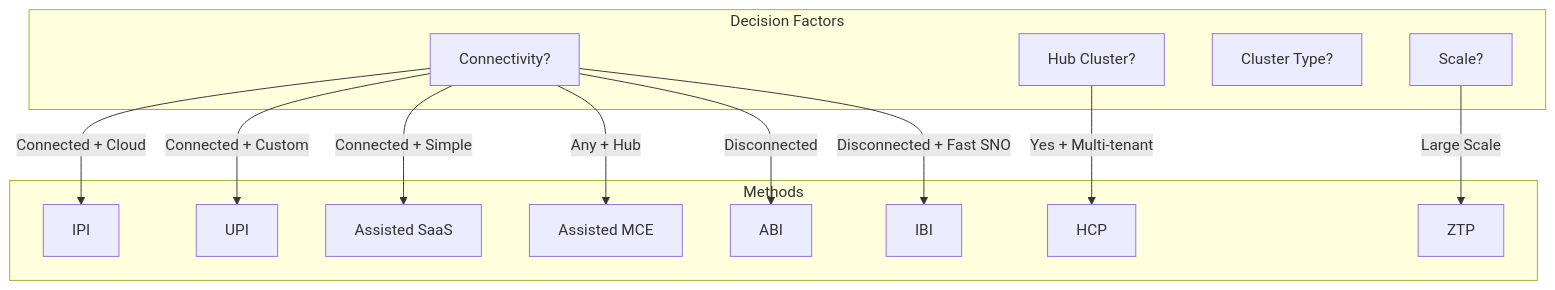
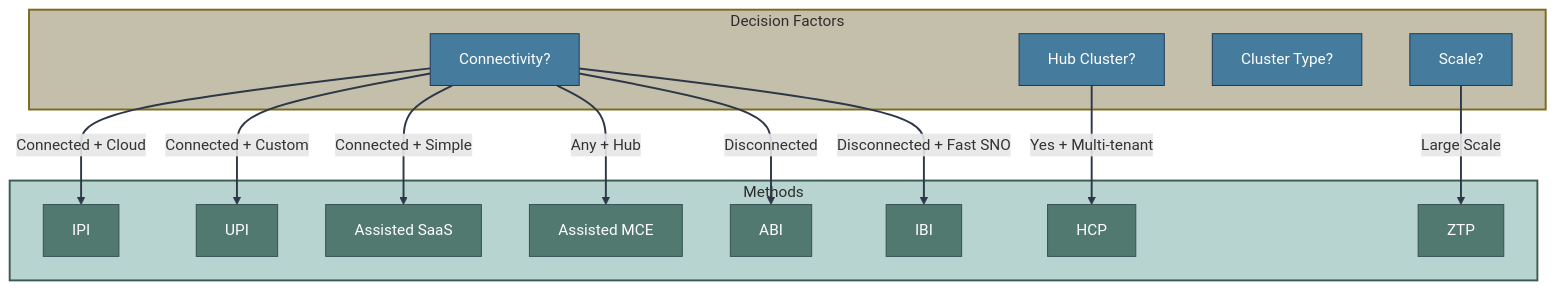
Before and after one commit to zszabo-rh/openshift-install-guide: diagram 11 of 11 in 09-diagrams/component-diagrams.md, drawn with Mermaid. The commit also changed other lines of this file and 16 other files, not shown here.

Commit message:
improved diagram style

````diff
--- a/09-diagrams/component-diagrams.md
+++ b/09-diagrams/component-diagrams.md
@@ -485,29 +667,47 @@
 ```mermaid
 graph TD
-    subgraph "Decision Factors"
+    subgraph factors["Decision Factors"]
         D1[Connectivity?]
         D2[Hub Cluster?]
         D3[Cluster Type?]
         D4[Scale?]
     end
     
-    subgraph "Methods"
+    subgraph methods["Methods"]
         IPI[IPI]
         UPI[UPI]
         SAAS[Assisted SaaS]
         MCE[Assisted MCE]
         ABI[ABI]
         IBI[IBI]
         HCP[HCP]
         ZTP[ZTP]
     end
     
     D1 -->|Connected + Cloud| IPI
     D1 -->|Connected + Custom| UPI
     D1 -->|Connected + Simple| SAAS
     D1 -->|Any + Hub| MCE
     D1 -->|Disconnected| ABI
     D1 -->|Disconnected + Fast SNO| IBI
     D2 -->|Yes + Multi-tenant| HCP
     D4 -->|Large Scale| ZTP
+    
+    style D1 fill:#457b9d,stroke:#1d3557,color:#fff
+    style D2 fill:#457b9d,stroke:#1d3557,color:#fff
+    style D3 fill:#457b9d,stroke:#1d3557,color:#fff
+    style D4 fill:#457b9d,stroke:#1d3557,color:#fff
+    style IPI fill:#52796f,stroke:#354f52,color:#fff
+    style UPI fill:#52796f,stroke:#354f52,color:#fff
+    style SAAS fill:#52796f,stroke:#354f52,color:#fff
+    style MCE fill:#52796f,stroke:#354f52,color:#fff
+    style ABI fill:#52796f,stroke:#354f52,color:#fff
+    style IBI fill:#52796f,stroke:#354f52,color:#fff
+    style HCP fill:#52796f,stroke:#354f52,color:#fff
+    style ZTP fill:#52796f,stroke:#354f52,color:#fff
+    
+    style factors fill:#c4bfaa,stroke:#7a6a1a,stroke-width:2px,color:#2d2d2d
+    style methods fill:#b8d4d0,stroke:#3d5a52,stroke-width:2px,color:#2d2d2d
+    
+    linkStyle default stroke:#2d3748,stroke-width:2px
 ```
````
